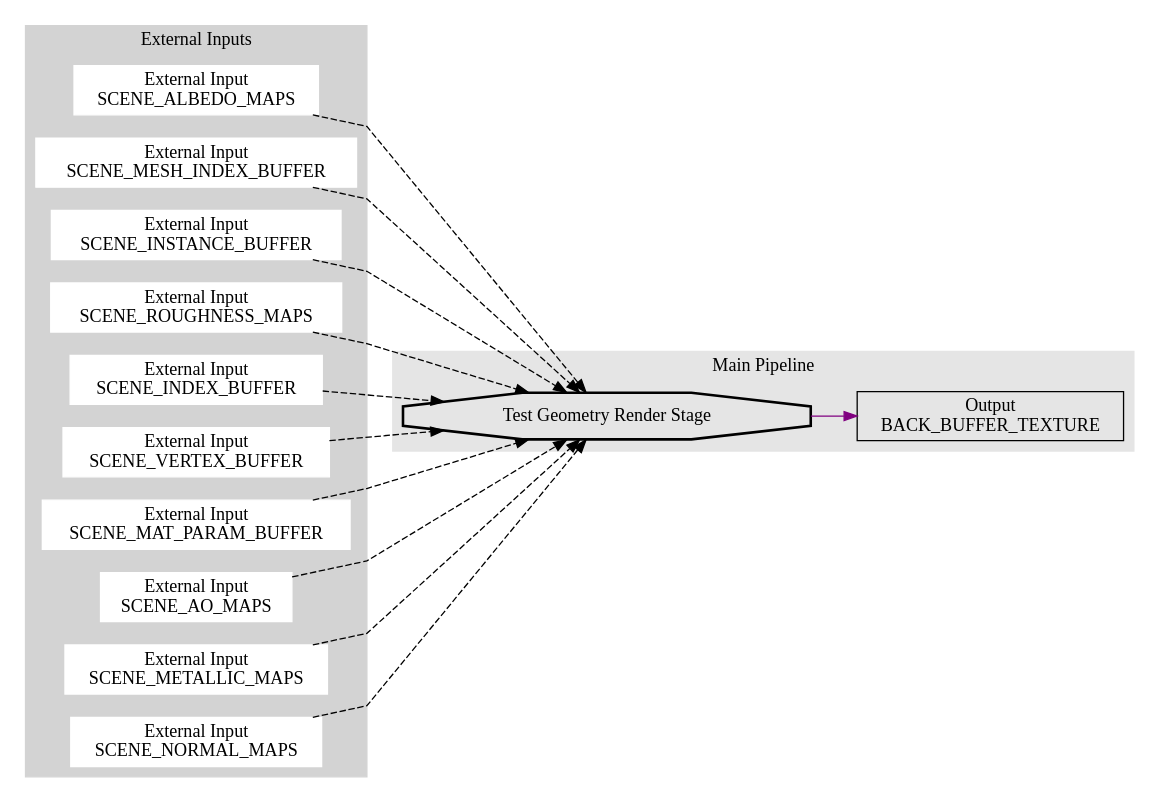
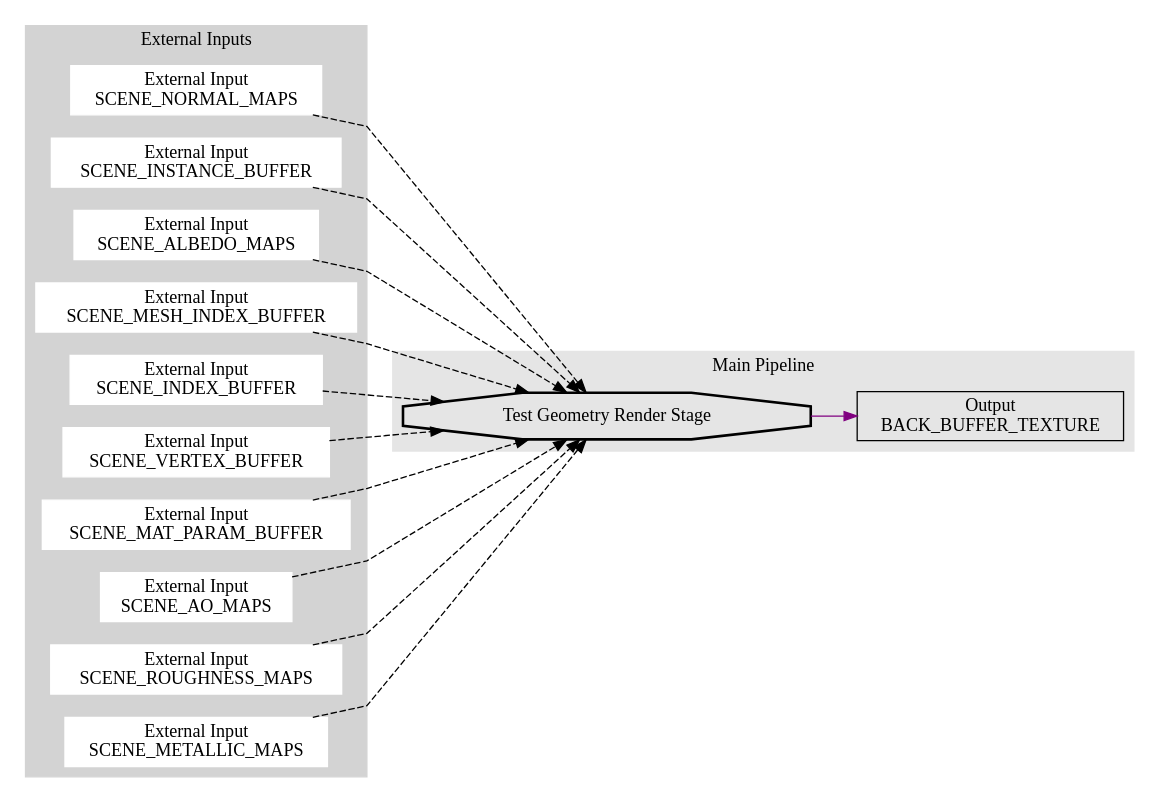
Before and after one commit to IbexOmega/CrazyCanvas: the diagram in Sandbox/complete_test_render_graph.dot, drawn with Graphviz. The commit also changed other lines of this file and 41 other files, not shown here.

```diff
--- a/Sandbox/complete_test_render_graph.dot
+++ b/Sandbox/complete_test_render_graph.dot
@@ -1,35 +1,35 @@
 digraph G {
 	rankdir = LR;
 	splines=polyline
 	subgraph cluster0 {
 		node [style=filled,color=white];
 		style = filled;
 		color = lightgrey;
 		label = "Temporal Inputs";
 	}
 	subgraph cluster1 {
 		node [style=filled,color=white];
 		style = filled;
 		color = lightgrey;
 		label = "External Inputs";
+		eia6 [shape=box,label="External Input\nSCENE_NORMAL_MAPS"];
+		eia3 [shape=box,label="External Input\nSCENE_INSTANCE_BUFFER"];
 		eia5 [shape=box,label="External Input\nSCENE_ALBEDO_MAPS"];
 		eia4 [shape=box,label="External Input\nSCENE_MESH_INDEX_BUFFER"];
-		eia3 [shape=box,label="External Input\nSCENE_INSTANCE_BUFFER"];
-		eia8 [shape=box,label="External Input\nSCENE_ROUGHNESS_MAPS"];
 		eia2 [shape=box,label="External Input\nSCENE_INDEX_BUFFER"];
 		eia1 [shape=box,label="External Input\nSCENE_VERTEX_BUFFER"];
 		eia0 [shape=box,label="External Input\nSCENE_MAT_PARAM_BUFFER"];
 		eia7 [shape=box,label="External Input\nSCENE_AO_MAPS"];
+		eia8 [shape=box,label="External Input\nSCENE_ROUGHNESS_MAPS"];
 		eia9 [shape=box,label="External Input\nSCENE_METALLIC_MAPS"];
-		eia6 [shape=box,label="External Input\nSCENE_NORMAL_MAPS"];
 	}
 	subgraph cluster2 {
 		style = filled;
 		color = gray90;
 		label = "Main Pipeline";
 		rs0 [shape=octagon,style=bold,label="Test Geometry Render Stage"];
 		oa10 [shape=box,label="Output\nBACK_BUFFER_TEXTURE"];
 	}
 	{eia0, eia1, eia2, eia3, eia4, eia5, eia6, eia7, eia8, eia9} -> rs0[style=dashed];
 	rs0 -> oa10[color=purple];
 }
```
